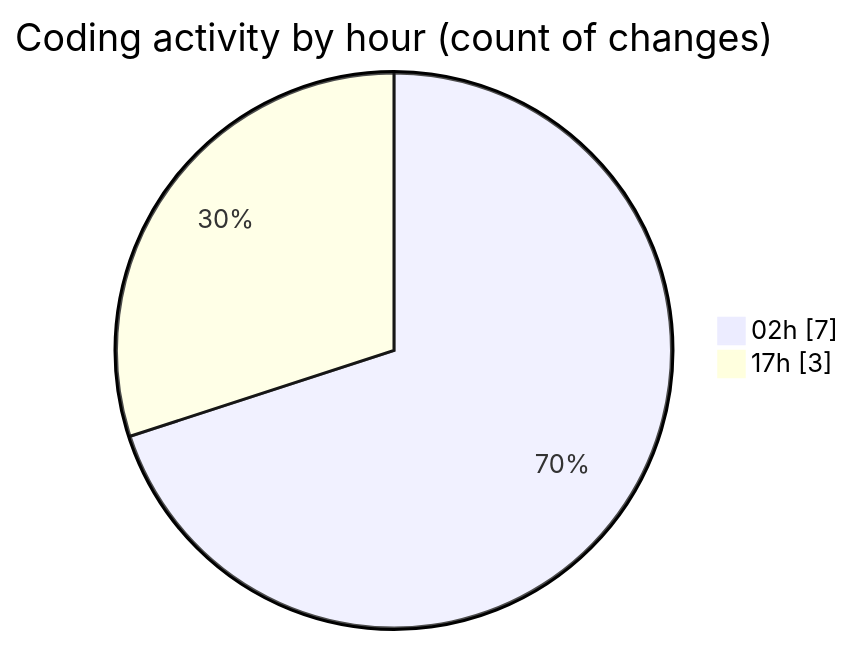
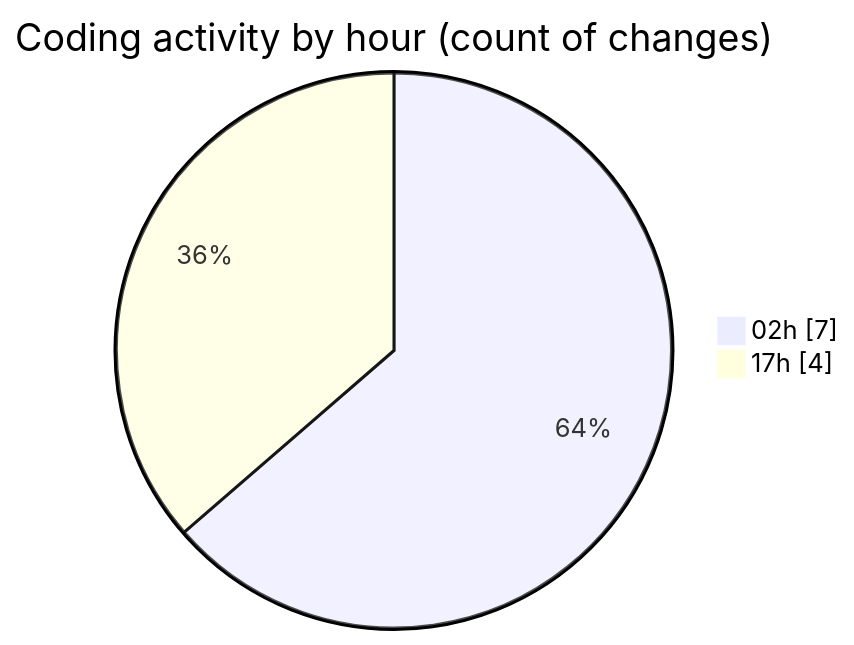
Before and after one commit to Netris89/code-tracking: the second of 2 diagrams in 2025-04-05/back-end/README.md, drawn with Mermaid. The commit also changed other lines of this file and 1 other file, not shown here.

````diff
--- a/2025-04-05/back-end/README.md
+++ b/2025-04-05/back-end/README.md
@@ -29,6 +29,6 @@
 ```mermaid
 pie showData
 title Coding activity by hour (count of changes)
 "02h" : 7
-"17h" : 3
+"17h" : 4
 ```
````
